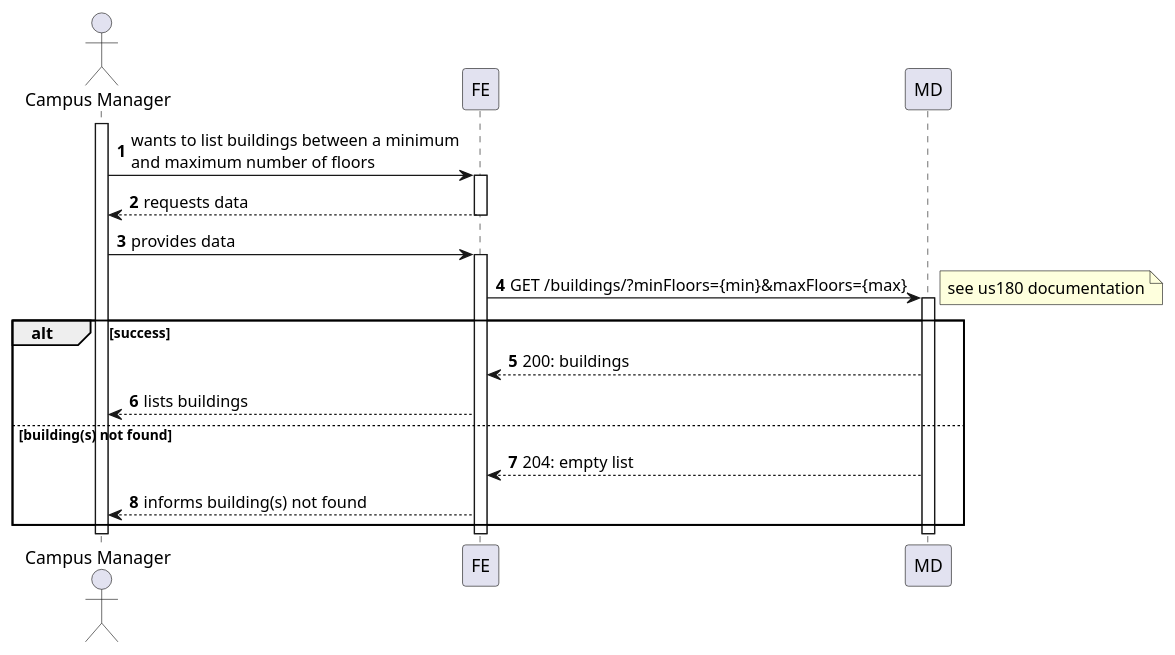
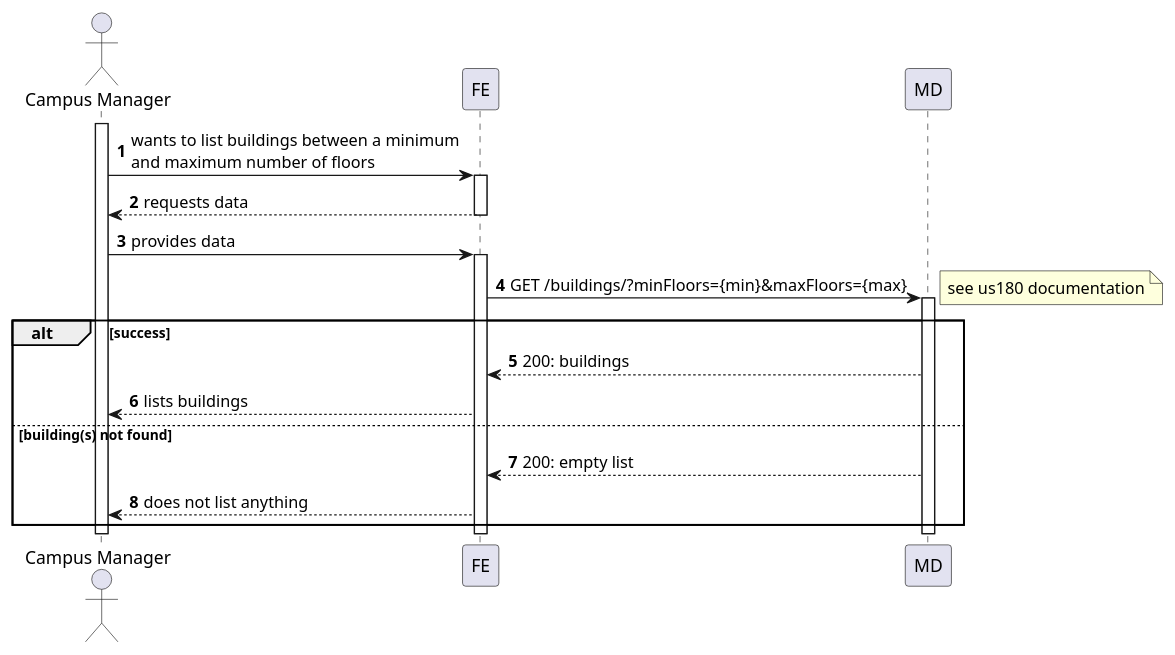
Before and after one commit to Departamento-de-Engenharia-Informatica/lapr5-23-24-g19: the diagram in docs/us1080/level2/process-view.puml, drawn with PlantUML. The commit also changed 4 other files, not shown here.

```diff
--- a/docs/us1080/level2/process-view.puml
+++ b/docs/us1080/level2/process-view.puml
@@ -1,33 +1,33 @@
 @startuml
 autonumber
 
 actor "Campus Manager" as usr
 
 participant "FE" as ui
 
 participant "MD" as md
 
 activate usr
     usr -> ui : wants to list buildings between a minimum\nand maximum number of floors
     activate ui
         ui --> usr : requests data
     deactivate ui
 
     usr -> ui : provides data
     activate ui
         ui -> md : GET /buildings/?minFloors={min}&maxFloors={max}
         activate md
             note right : see us180 documentation
             alt success
                 md --> ui : 200: buildings
                 ui --> usr : lists buildings
             else building(s) not found
-                md --> ui : 204: empty list
-                ui --> usr : informs building(s) not found
+                md --> ui : 200: empty list
+                ui --> usr : does not list anything
             end
         deactivate md
     deactivate ui
 deactivate usr
 
 
 @enduml
```
